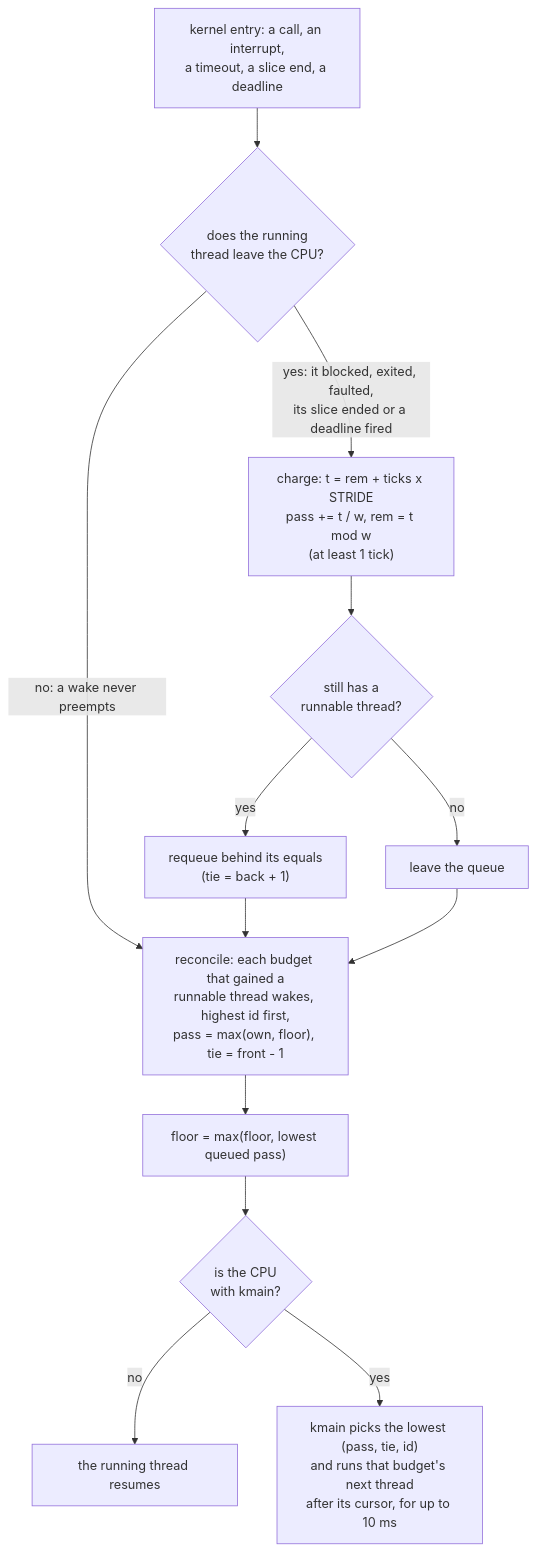
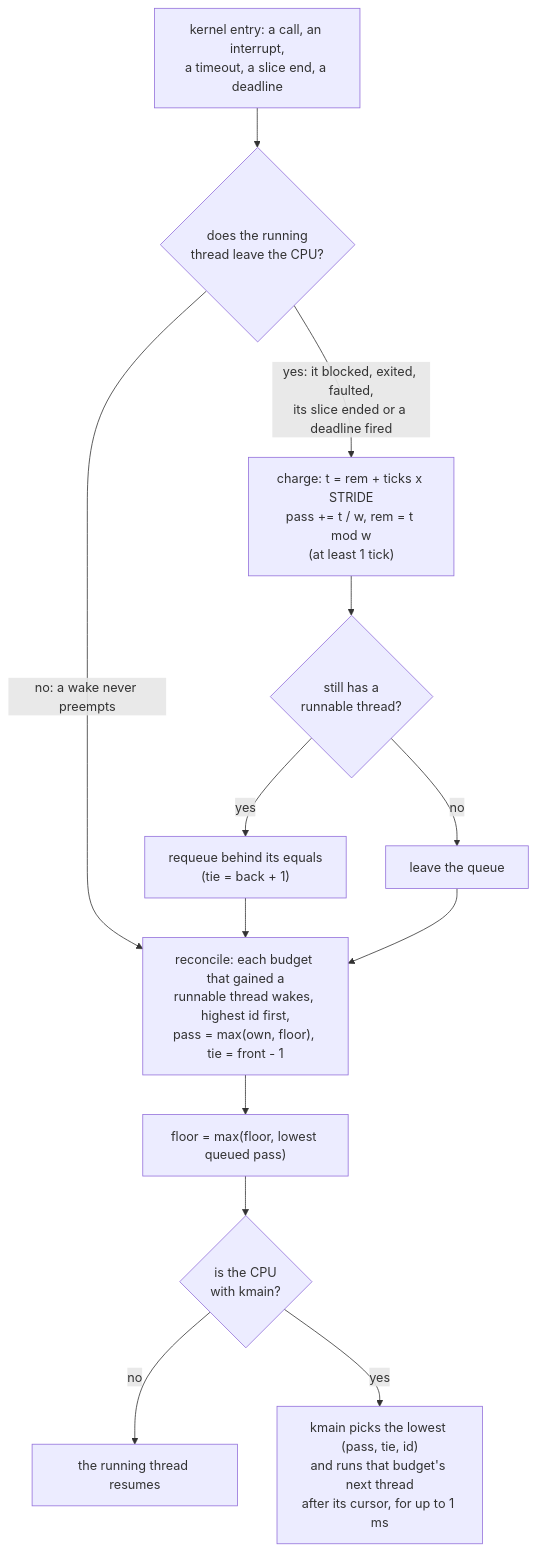
Before and after one commit to sirmick/redoubt: the diagram in docs/kernel/scheduling.md, drawn with Mermaid. The commit also changed other lines of this file and 3 other files, not shown here.

````diff
--- a/docs/kernel/scheduling.md
+++ b/docs/kernel/scheduling.md
@@ -133,15 +136,15 @@
 ```mermaid
 flowchart TD
     K["kernel entry: a call, an interrupt,<br/>a timeout, a slice end, a deadline"] --> D{"does the running<br/>thread leave the CPU?"}
     D -- "no: a wake never preempts" --> REC
     D -- "yes: it blocked, exited, faulted,<br/>its slice ended or a deadline fired" --> F["charge: t = rem + ticks x STRIDE<br/>pass += t / w, rem = t mod w<br/>(at least 1 tick)"]
     F --> S{"still has a<br/>runnable thread?"}
     S -- yes --> RQ["requeue behind its equals<br/>(tie = back + 1)"]
     S -- no --> LV[leave the queue]
     RQ --> REC
     LV --> REC
     REC["reconcile: each budget that gained a<br/>runnable thread wakes, highest id first,<br/>pass = max(own, floor), tie = front - 1"] --> FL["floor = max(floor, lowest queued pass)"]
     FL --> R{"is the CPU<br/>with kmain?"}
     R -- no --> RUN[the running thread resumes]
-    R -- yes --> P["kmain picks the lowest (pass, tie, id)<br/>and runs that budget's next thread<br/>after its cursor, for up to 10 ms"]
+    R -- yes --> P["kmain picks the lowest (pass, tie, id)<br/>and runs that budget's next thread<br/>after its cursor, for up to 1 ms"]
 ```
````
